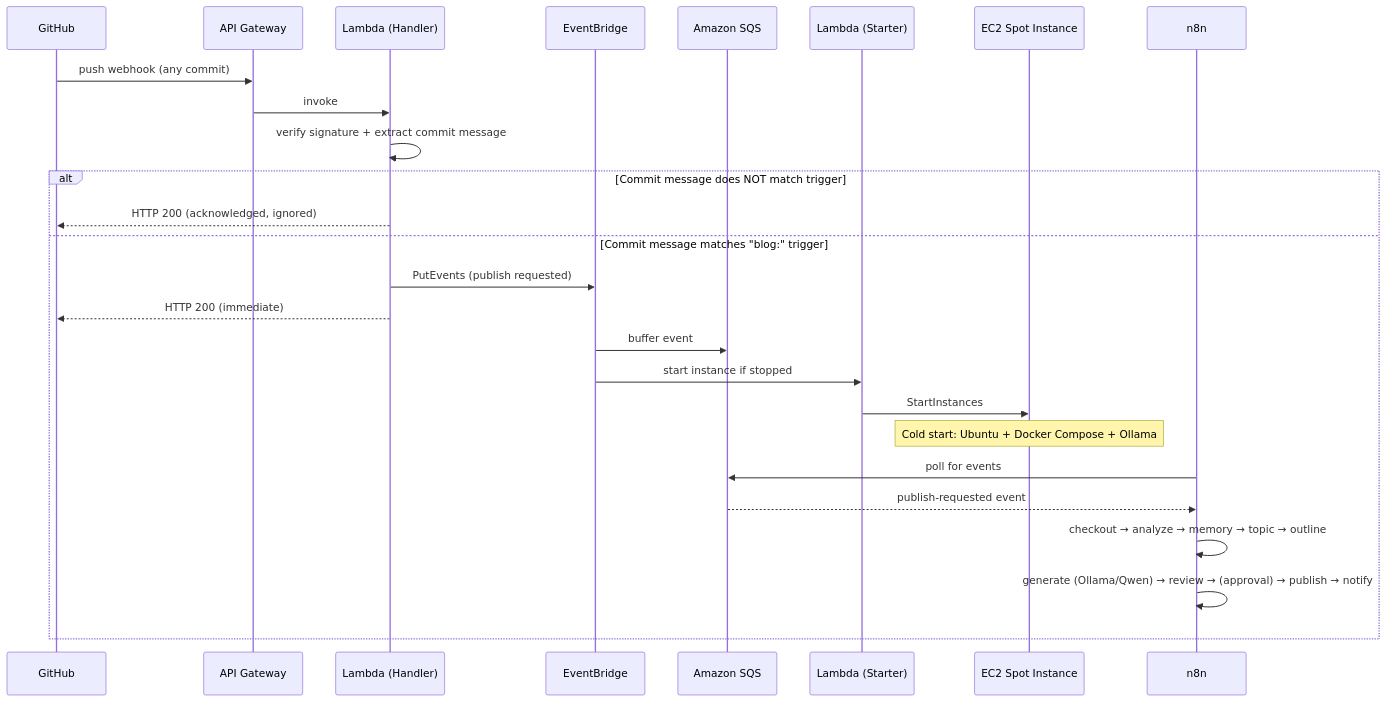
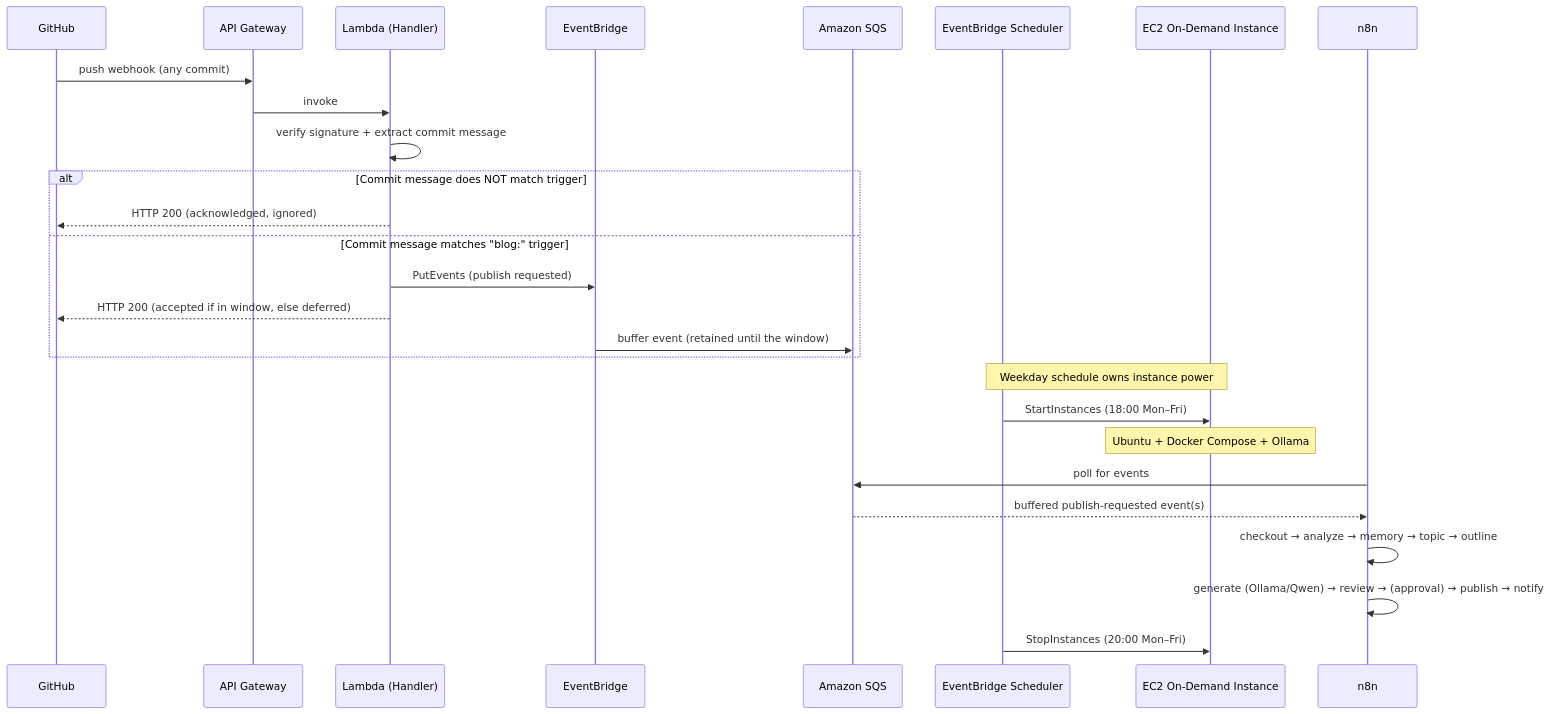
The third of 6 diagrams in README.md (teddynted/ai-github-repository-blog-generator), drawn with Mermaid before and after one commit. The commit also changed other lines of this file and 48 other files, not shown here.

````diff
--- a/README.md
+++ b/README.md
@@ -299,29 +298,31 @@
 ```mermaid
 sequenceDiagram
     participant GH as GitHub
     participant API as API Gateway
     participant LH as Lambda (Handler)
     participant EB as EventBridge
     participant SQS as Amazon SQS
-    participant ST as Lambda (Starter)
-    participant EC2 as EC2 Spot Instance
+    participant SCH as EventBridge Scheduler
+    participant EC2 as EC2 On-Demand Instance
     participant N8N as n8n
 
     GH->>API: push webhook (any commit)
     API->>LH: invoke
     LH->>LH: verify signature + extract commit message
     alt Commit message does NOT match trigger
         LH-->>GH: HTTP 200 (acknowledged, ignored)
     else Commit message matches "blog:" trigger
         LH->>EB: PutEvents (publish requested)
-        LH-->>GH: HTTP 200 (immediate)
-        EB->>SQS: buffer event
-        EB->>ST: start instance if stopped
-        ST->>EC2: StartInstances
-        Note over EC2: Cold start: Ubuntu + Docker Compose + Ollama
-        N8N->>SQS: poll for events
-        SQS-->>N8N: publish-requested event
-        N8N->>N8N: checkout → analyze → memory → topic → outline
-        N8N->>N8N: generate (Ollama/Qwen) → review → (approval) → publish → notify
+        LH-->>GH: HTTP 200 (accepted if in window, else deferred)
+        EB->>SQS: buffer event (retained until the window)
     end
+
+    Note over SCH,EC2: Weekday schedule owns instance power
+    SCH->>EC2: StartInstances (18:00 Mon–Fri)
+    Note over EC2: Ubuntu + Docker Compose + Ollama
+    N8N->>SQS: poll for events
+    SQS-->>N8N: buffered publish-requested event(s)
+    N8N->>N8N: checkout → analyze → memory → topic → outline
+    N8N->>N8N: generate (Ollama/Qwen) → review → (approval) → publish → notify
+    SCH->>EC2: StopInstances (20:00 Mon–Fri)
 ```
````
